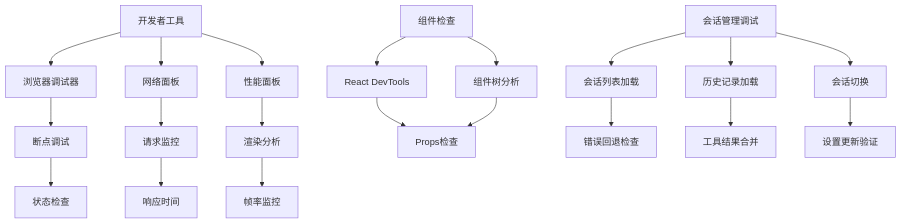
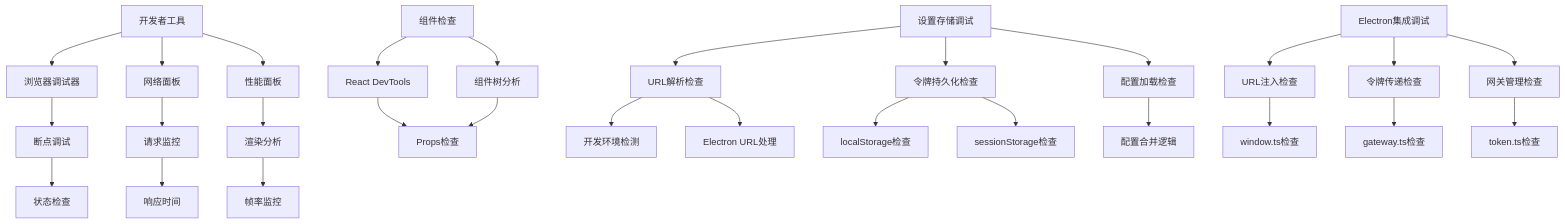
Before and after one commit to verse-ai-org/openclaw: diagram 25 of 25 in .qoder/repowiki/zh/content/Web界面/UI组件系统/UI组件系统.md, drawn with Mermaid. The commit also changed other lines of this file and 7 other files, not shown here.

````diff
--- a/.qoder/repowiki/zh/content/Web界面/UI组件系统/UI组件系统.md
+++ b/.qoder/repowiki/zh/content/Web界面/UI组件系统/UI组件系统.md
@@ -1043,22 +1216,30 @@
 ```mermaid
 graph TD
 A[开发者工具] --> B[浏览器调试器]
 A --> C[网络面板]
 A --> D[性能面板]
 B --> E[断点调试]
 C --> F[请求监控]
 D --> G[渲染分析]
 E --> H[状态检查]
 F --> I[响应时间]
 G --> J[帧率监控]
 K[组件检查] --> L[React DevTools]
 K --> M[组件树分析]
 L --> N[Props检查]
 M --> N
-O[会话管理调试] --> P[会话列表加载]
-O --> Q[历史记录加载]
-O --> R[会话切换]
-P --> S[错误回退检查]
-Q --> T[工具结果合并]
-R --> U[设置更新验证]
+O[设置存储调试] --> P[URL解析检查]
+O --> Q[令牌持久化检查]
+O --> R[配置加载检查]
+P --> S[开发环境检测]
+P --> T[Electron URL处理]
+Q --> U[localStorage检查]
+Q --> V[sessionStorage检查]
+R --> W[配置合并逻辑]
+X[Electron集成调试] --> Y[URL注入检查]
+X --> Z[令牌传递检查]
+X --> AA[网关管理检查]
+Y --> BB[window.ts检查]
+Z --> CC[gateway.ts检查]
+AA --> DD[token.ts检查]
 ```
````
